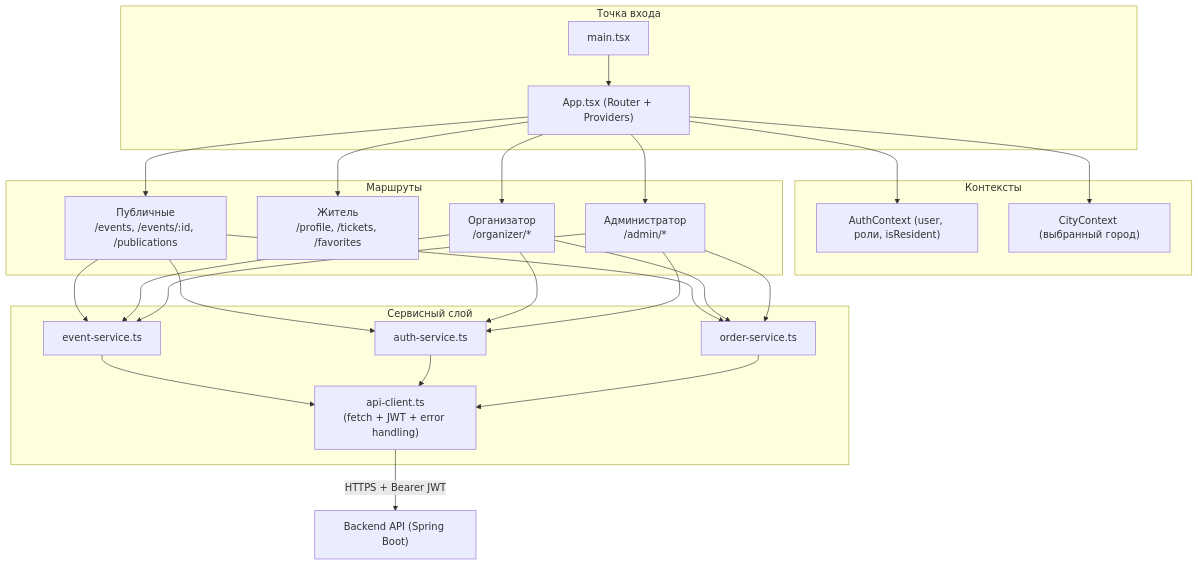
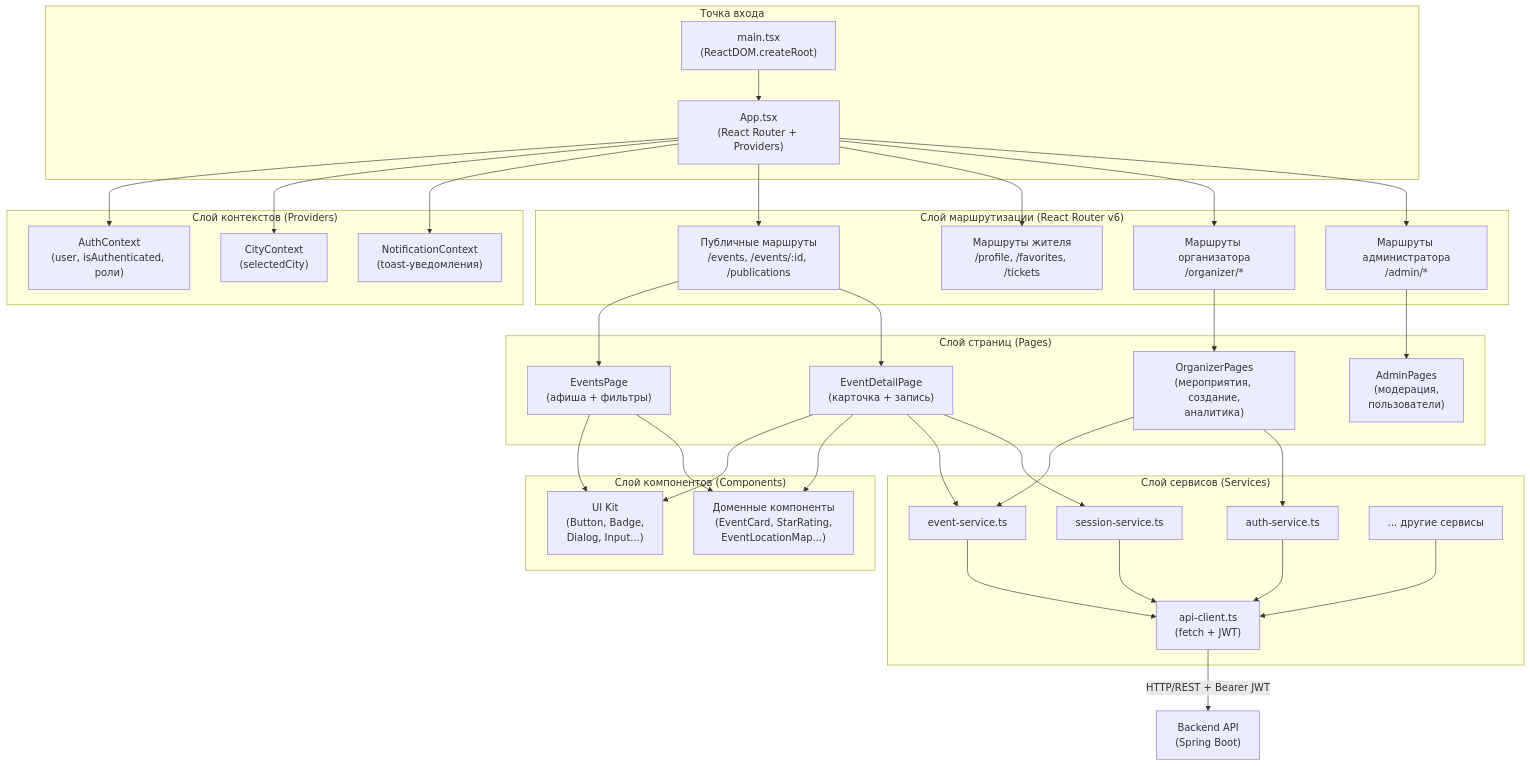
Diagram 11 of 14 in diplom/diplom.md (akarui-shi/festival-app), drawn with Mermaid before and after one commit. The commit also changed other lines of this file, not shown here.

````diff
--- a/diplom/diplom.md
+++ b/diplom/diplom.md
@@ -1444,35 +1656,60 @@
 ```mermaid
 graph TD
-    subgraph "Точка входа"
-        Main["main.tsx"]
-        App["App.tsx (Router + Providers)"]
-    end
+  subgraph "Точка входа"
+    Main["main.tsx\n(ReactDOM.createRoot)"]
+    App["App.tsx\n(React Router + Providers)"]
+  end
 
-    subgraph "Контексты"
-        AuthCtx["AuthContext (user, роли, isResident)"]
-        CityCtx["CityContext (выбранный город)"]
-    end
+  subgraph "Слой маршрутизации (React Router v6)"
+    PublicRoutes["Публичные маршруты\n/events, /events/:id, /publications"]
+    ResidentRoutes["Маршруты жителя\n/profile, /favorites, /tickets"]
+    OrgRoutes["Маршруты организатора\n/organizer/*"]
+    AdminRoutes["Маршруты администратора\n/admin/*"]
+  end
 
-    subgraph "Маршруты"
-        PublicRoutes["Публичные\n/events, /events/:id, /publications"]
-        ResidentRoutes["Житель\n/profile, /tickets, /favorites"]
-        OrgRoutes["Организатор\n/organizer/*"]
-        AdminRoutes["Администратор\n/admin/*"]
-    end
+  subgraph "Слой контекстов (Providers)"
+    AuthCtx["AuthContext\n(user, isAuthenticated, роли)"]
+    CityCtx["CityContext\n(selectedCity)"]
+    NotifCtx["NotificationContext\n(toast-уведомления)"]
+  end
 
-    subgraph "Сервисный слой"
-        ApiClient["api-client.ts\n(fetch + JWT + error handling)"]
-        EventSvc["event-service.ts"]
-        AuthSvc["auth-service.ts"]
-        OrderSvc["order-service.ts"]
-    end
+  subgraph "Слой страниц (Pages)"
+    EventsPage["EventsPage\n(афиша + фильтры)"]
+    EventDetailPage["EventDetailPage\n(карточка + запись)"]
+    OrganizerPages["OrganizerPages\n(мероприятия, создание,\nаналитика)"]
+    AdminPages["AdminPages\n(модерация,\nпользователи)"]
+  end
 
-    Backend["Backend API (Spring Boot)"]
+  subgraph "Слой компонентов (Components)"
+    UIKit["UI Kit\n(Button, Badge,\nDialog, Input...)"]
+    Domain["Доменные компоненты\n(EventCard, StarRating,\nEventLocationMap...)"]
+  end
 
-    Main --> App
-    App --> AuthCtx & CityCtx
-    App --> PublicRoutes & ResidentRoutes & OrgRoutes & AdminRoutes
-    PublicRoutes & OrgRoutes & AdminRoutes --> EventSvc & AuthSvc & OrderSvc
-    EventSvc & AuthSvc & OrderSvc --> ApiClient
-    ApiClient -- "HTTPS + Bearer JWT" --> Backend
+  subgraph "Слой сервисов (Services)"
+    ApiClient["api-client.ts\n(fetch + JWT)"]
+    EventSvc["event-service.ts"]
+    AuthSvc["auth-service.ts"]
+    SessionSvc["session-service.ts"]
+    OtherSvc["... другие сервисы"]
+  end
+
+  Backend["Backend API\n(Spring Boot)"]
+
+  Main --> App
+  App --> AuthCtx
+  App --> CityCtx
+  App --> NotifCtx
+  App --> PublicRoutes & ResidentRoutes & OrgRoutes & AdminRoutes
+  PublicRoutes --> EventsPage & EventDetailPage
+  OrgRoutes --> OrganizerPages
+  AdminRoutes --> AdminPages
+  EventDetailPage --> UIKit & Domain
+  EventsPage --> UIKit & Domain
+  EventDetailPage --> EventSvc & SessionSvc
+  OrganizerPages --> EventSvc & AuthSvc
+  EventSvc --> ApiClient
+  AuthSvc --> ApiClient
+  SessionSvc --> ApiClient
+  OtherSvc --> ApiClient
+  ApiClient -- "HTTP/REST + Bearer JWT" --> Backend
 ```
````
